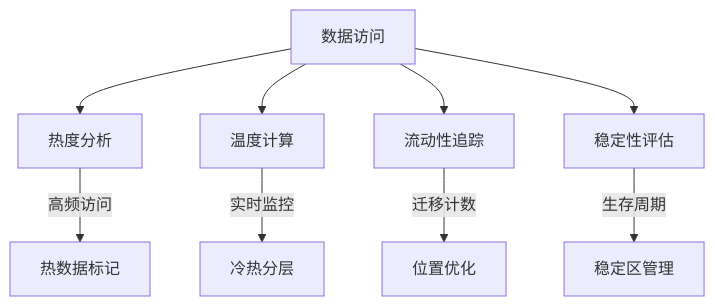
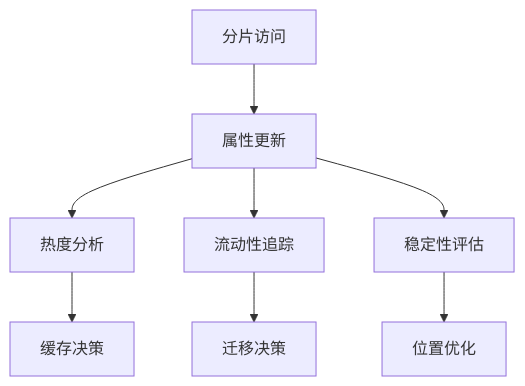
The second of 5 diagrams in README.md (hiicl/Helios-Calculation), drawn with Mermaid before and after one commit. The commit also changed other lines of this file, not shown here.

````diff
--- a/README.md
+++ b/README.md
@@ -81,11 +90,10 @@
 ```mermaid
 graph TB
-  A[数据访问] --> B[热度分析]
-  A --> C[温度计算]
-  A --> D[流动性追踪]
-  A --> E[稳定性评估]
-  B -->|高频访问| F[热数据标记]
-  C -->|实时监控| G[冷热分层]
-  D -->|迁移计数| H[位置优化]
-  E -->|生存周期| I[稳定区管理]
+  A[分片访问] --> B[属性更新]
+  B --> C[热度分析]
+  B --> D[流动性追踪]
+  B --> E[稳定性评估]
+  C --> F[缓存决策]
+  D --> G[迁移决策]
+  E --> H[位置优化]
 ```
````
